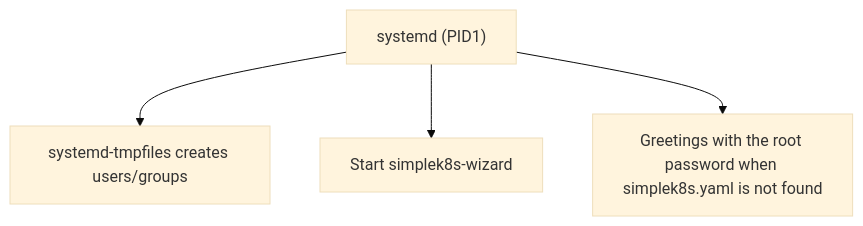
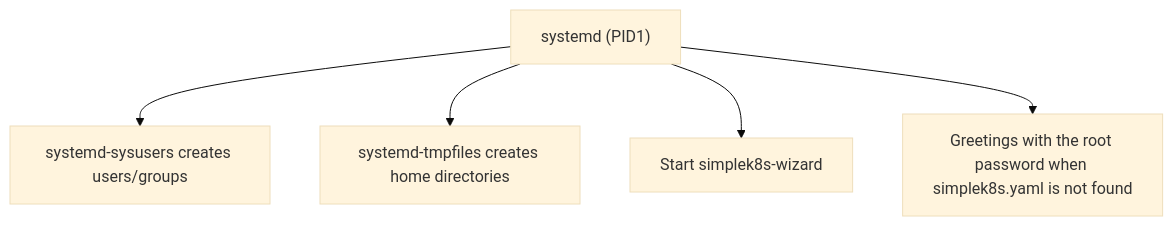
Before and after one commit to simplek8s/simplek8s-init: the second of 2 diagrams in docs/boot-sequence.md, drawn with Mermaid (base theme). The commit also changed other lines of this file and 12 other files, not shown here.

````diff
--- a/docs/boot-sequence.md
+++ b/docs/boot-sequence.md
@@ -99,7 +99,8 @@
 ```mermaid
 flowchart TD
     A["systemd (PID1)"]
-    A --> B[systemd-tmpfiles creates users/groups]
-    A --> C[Start simplek8s-wizard]
-    A --> D[Greetings with the root password when simplek8s.yaml is not found]
+    A --> B[systemd-sysusers creates users/groups]
+    A --> C[systemd-tmpfiles creates home directories]
+    A --> D[Start simplek8s-wizard]
+    A --> E[Greetings with the root password when simplek8s.yaml is not found]
 ```
````
